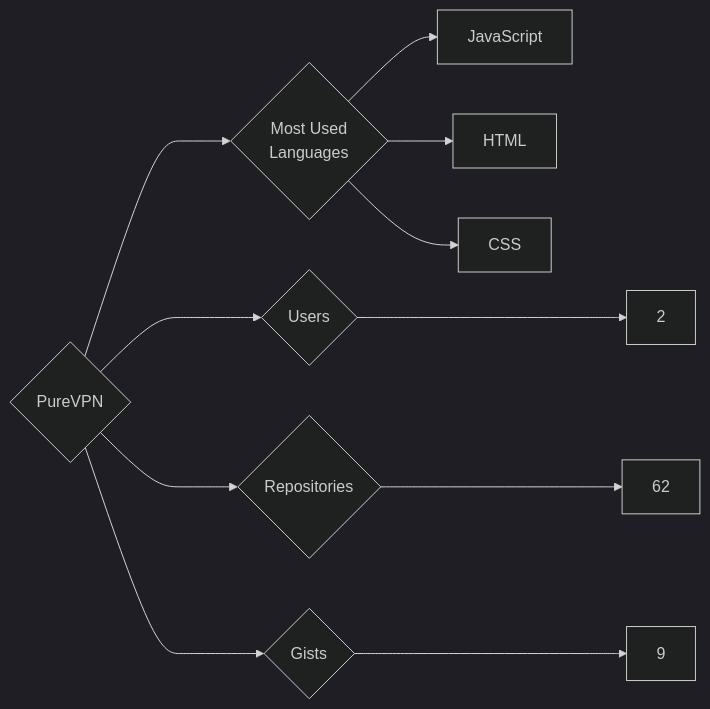
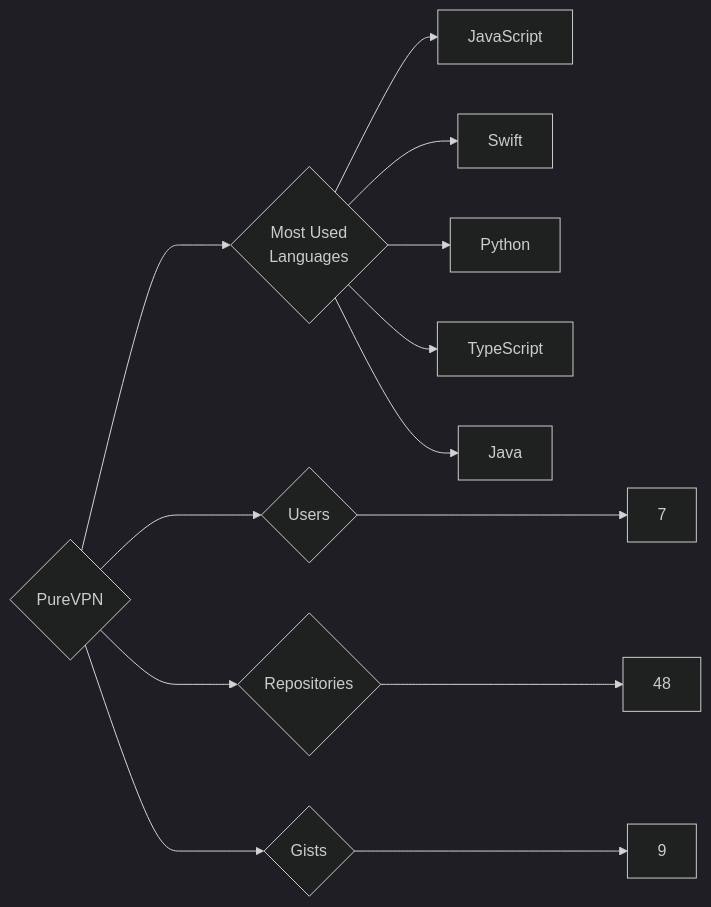
One commit to trickest/insiders changed the diagram in targets/PureVPN/README.md. Above: the diagram before and after it, drawn with Mermaid (dark theme). The commit also changed 799 other files, not shown here.

````diff
--- a/targets/PureVPN/README.md
+++ b/targets/PureVPN/README.md
@@ -3,11 +3,13 @@
 ```mermaid
 graph LR
 COMPANY_NAME{PureVPN}
-COMPANY_NAME ---> U{Users} ---> UN[2]
-COMPANY_NAME ---> R{Repositories} ---> RN[62]
+COMPANY_NAME ---> U{Users} ---> UN[7]
+COMPANY_NAME ---> R{Repositories} ---> RN[48]
 COMPANY_NAME ---> G{Gists} ---> GN[9]
 COMPANY_NAME ---> ML{Most Used<br>Languages}
 ML --> JavaScript[JavaScript]
-ML --> HTML[HTML]
-ML --> CSS[CSS]
+ML --> Swift[Swift]
+ML --> Python[Python]
+ML --> TypeScript[TypeScript]
+ML --> Java[Java]
 ```
````
